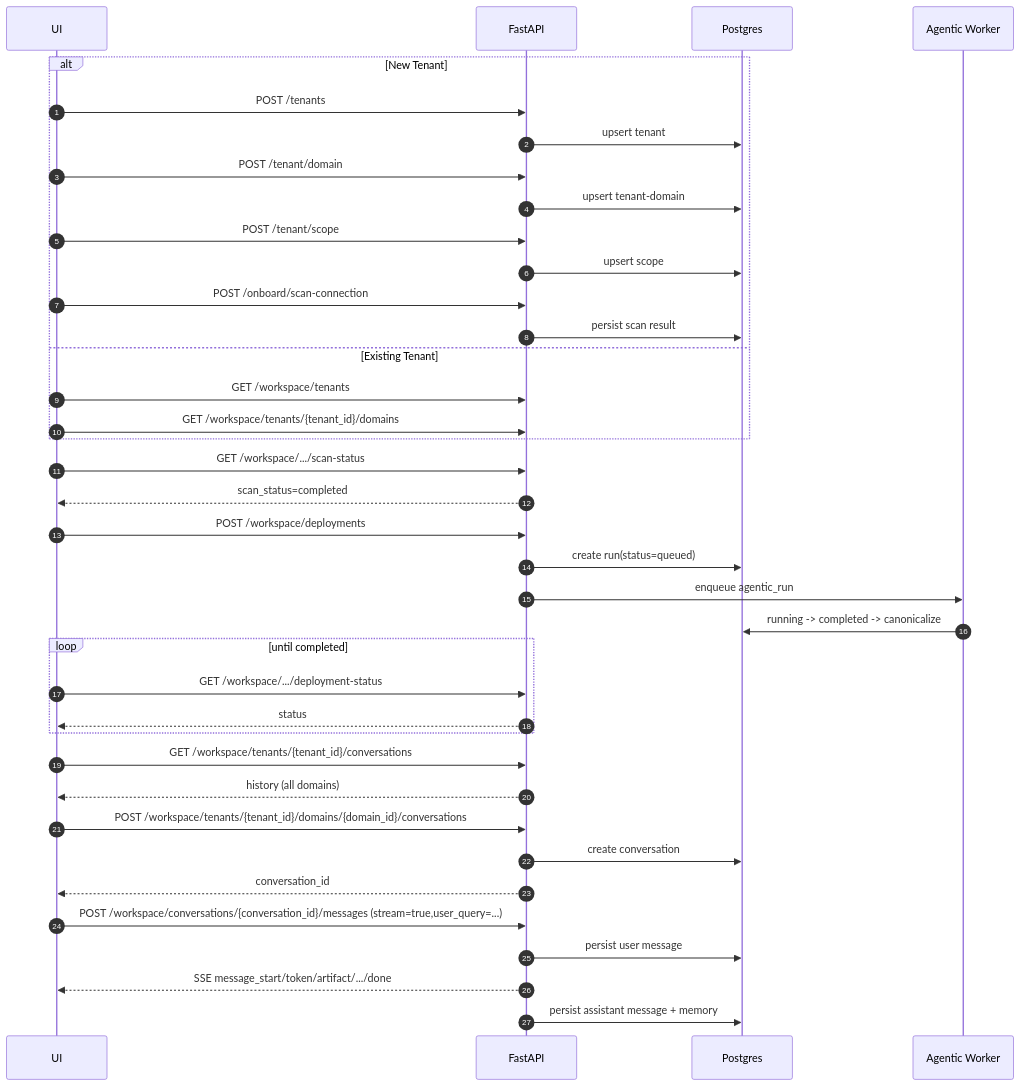
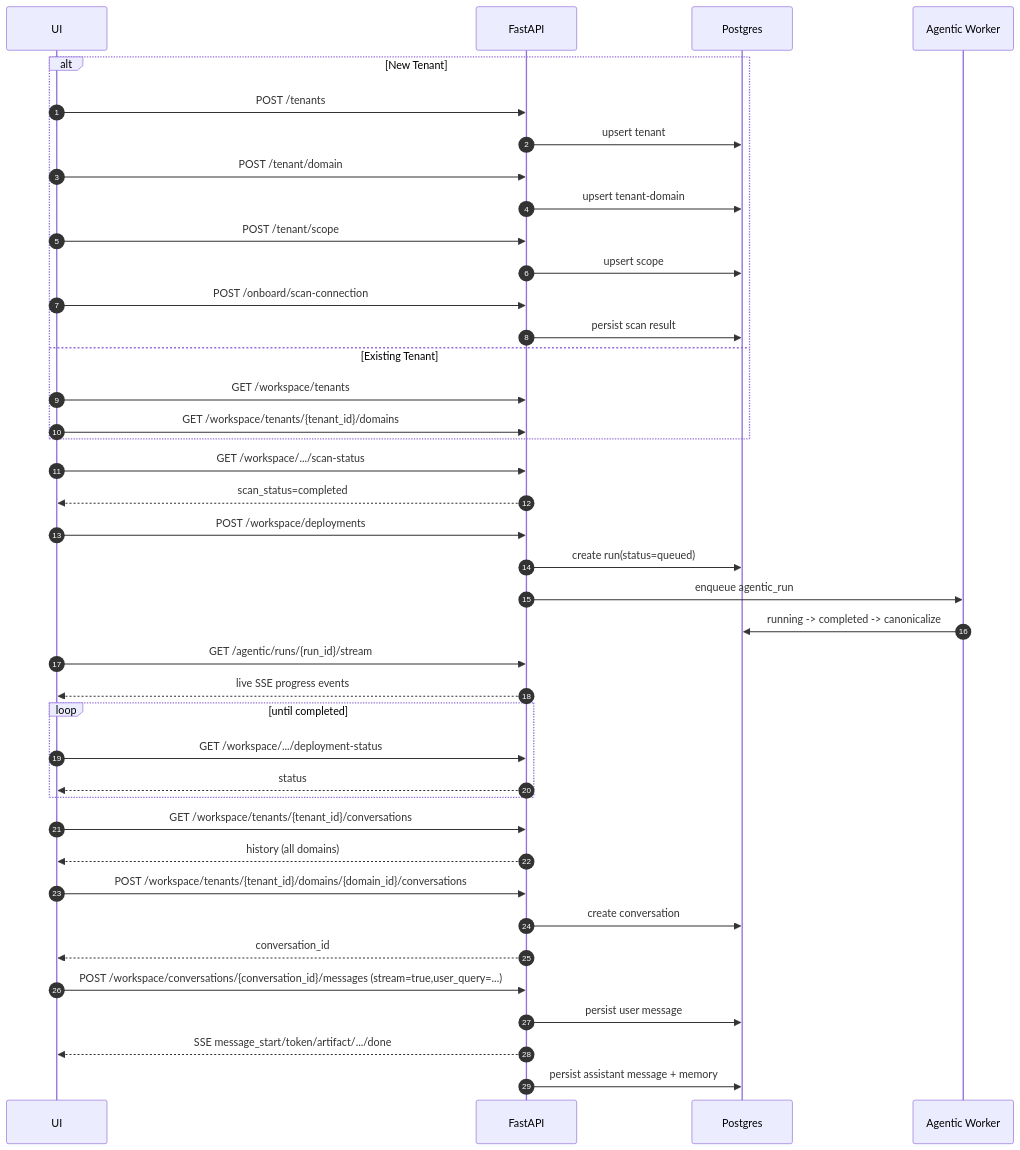
One commit to cvarma2311/quantyx-core changed the first of 3 diagrams in docs/implementation_plans/Phase_Agentic_Semantic_Platform/26_Workspace_UI_Sequential_API_Flow.md. Above: the diagram before and after it, drawn with Mermaid. The commit also changed other lines of this file and 5 other files, not shown here.

````diff
--- a/docs/implementation_plans/Phase_Agentic_Semantic_Platform/26_Workspace_UI_Sequential_API_Flow.md
+++ b/docs/implementation_plans/Phase_Agentic_Semantic_Platform/26_Workspace_UI_Sequential_API_Flow.md
@@ -164,46 +206,48 @@
 ```mermaid
 sequenceDiagram
   autonumber
   participant UI as UI
   participant API as FastAPI
   participant DB as Postgres
   participant ORCH as Agentic Worker
 
   alt New Tenant
     UI->>API: POST /tenants
     API->>DB: upsert tenant
     UI->>API: POST /tenant/domain
     API->>DB: upsert tenant-domain
     UI->>API: POST /tenant/scope
     API->>DB: upsert scope
     UI->>API: POST /onboard/scan-connection
     API->>DB: persist scan result
   else Existing Tenant
     UI->>API: GET /workspace/tenants
     UI->>API: GET /workspace/tenants/{tenant_id}/domains
   end
 
   UI->>API: GET /workspace/.../scan-status
   API-->>UI: scan_status=completed
 
   UI->>API: POST /workspace/deployments
   API->>DB: create run(status=queued)
   API->>ORCH: enqueue agentic_run
   ORCH->>DB: running -> completed -> canonicalize
+  UI->>API: GET /agentic/runs/{run_id}/stream
+  API-->>UI: live SSE progress events
 
   loop until completed
     UI->>API: GET /workspace/.../deployment-status
     API-->>UI: status
   end
 
   UI->>API: GET /workspace/tenants/{tenant_id}/conversations
   API-->>UI: history (all domains)
   UI->>API: POST /workspace/tenants/{tenant_id}/domains/{domain_id}/conversations
   API->>DB: create conversation
   API-->>UI: conversation_id
 
   UI->>API: POST /workspace/conversations/{conversation_id}/messages (stream=true,user_query=...)
   API->>DB: persist user message
   API-->>UI: SSE message_start/token/artifact/.../done
   API->>DB: persist assistant message + memory
 ```
````
